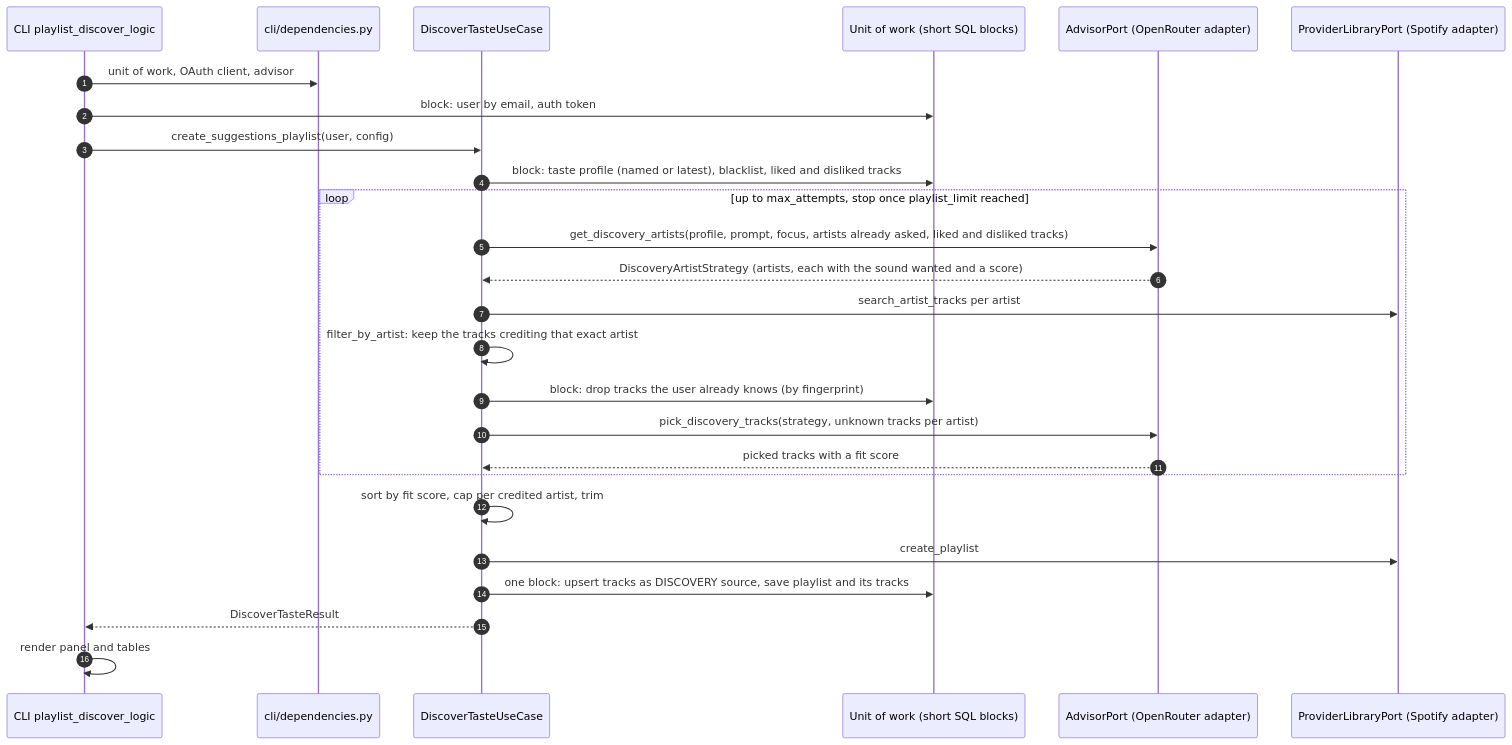
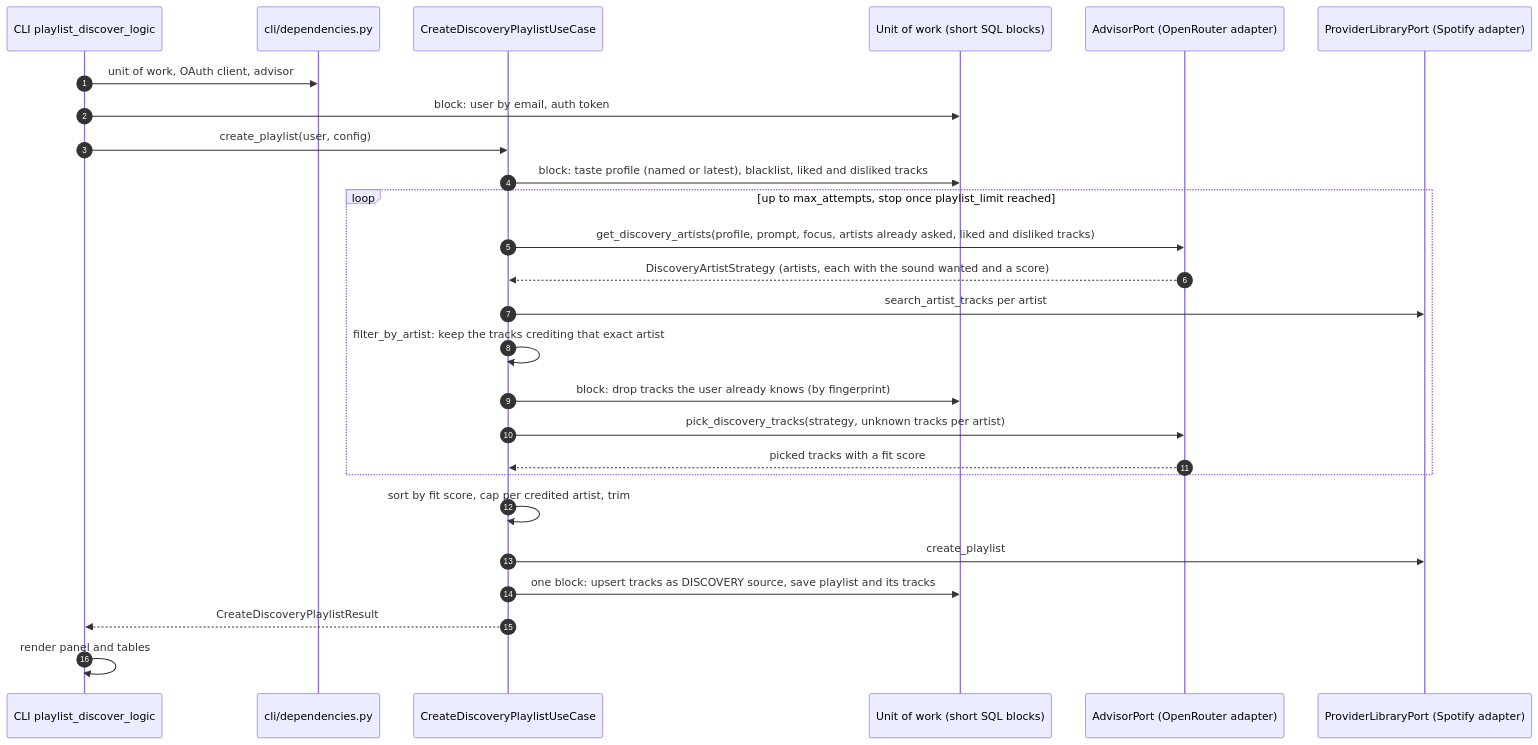
The second of 2 diagrams in docs/technical/architecture.md (ychab/museflow), drawn with Mermaid before and after one commit. The commit also changed other lines of this file and 132 other files, not shown here.

````diff
--- a/docs/technical/architecture.md
+++ b/docs/technical/architecture.md
@@ -69,29 +69,29 @@
 ```mermaid
 sequenceDiagram
     autonumber
     participant CLI as CLI playlist_discover_logic
     participant DI as cli/dependencies.py
-    participant UC as DiscoverTasteUseCase
+    participant UC as CreateDiscoveryPlaylistUseCase
     participant UoW as Unit of work (short SQL blocks)
     participant Adv as AdvisorPort (OpenRouter adapter)
     participant Lib as ProviderLibraryPort (Spotify adapter)
 
     CLI->>DI: unit of work, OAuth client, advisor
     CLI->>UoW: block: user by email, auth token
-    CLI->>UC: create_suggestions_playlist(user, config)
+    CLI->>UC: create_playlist(user, config)
     UC->>UoW: block: taste profile (named or latest), blacklist, liked and disliked tracks
     loop up to max_attempts, stop once playlist_limit reached
         UC->>Adv: get_discovery_artists(profile, prompt, focus, artists already asked, liked and disliked tracks)
         Adv-->>UC: DiscoveryArtistStrategy (artists, each with the sound wanted and a score)
         UC->>Lib: search_artist_tracks per artist
         UC->>UC: filter_by_artist: keep the tracks crediting that exact artist
         UC->>UoW: block: drop tracks the user already knows (by fingerprint)
         UC->>Adv: pick_discovery_tracks(strategy, unknown tracks per artist)
         Adv-->>UC: picked tracks with a fit score
     end
     UC->>UC: sort by fit score, cap per credited artist, trim
     UC->>Lib: create_playlist
     UC->>UoW: one block: upsert tracks as DISCOVERY source, save playlist and its tracks
-    UC-->>CLI: DiscoverTasteResult
+    UC-->>CLI: CreateDiscoveryPlaylistResult
     CLI->>CLI: render panel and tables
 ```
````
